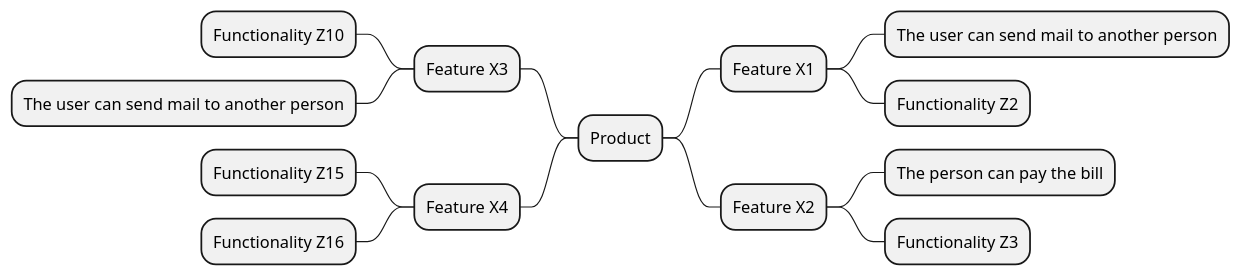
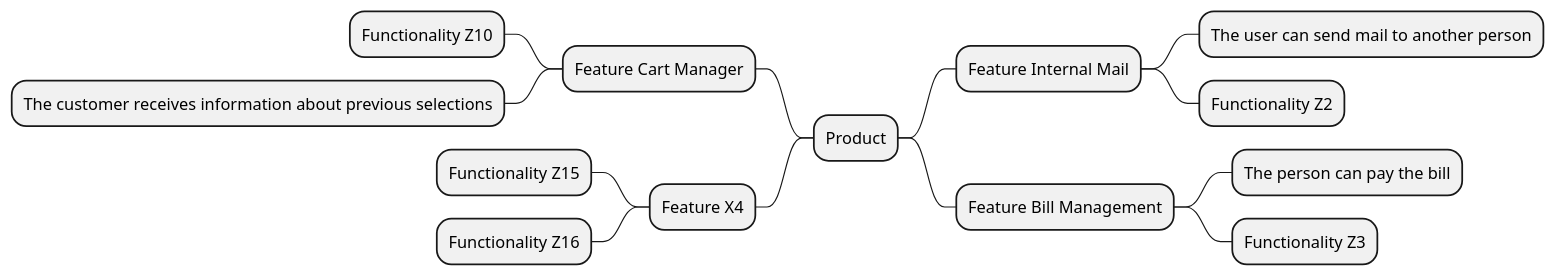
The fifth of 7 diagrams in docs/20-Requirement-management/wide-requirement-specification.md (ninaleo/ransut-core), drawn with PlantUML before and after one commit.

````diff
--- a/docs/20-Requirement-management/wide-requirement-specification.md
+++ b/docs/20-Requirement-management/wide-requirement-specification.md
@@ -270,17 +270,17 @@
 ```plantuml
 @startmindmap
 + Product
-++ Feature X1
+++ Feature Internal Mail
 +++ The user can send mail to another person
 +++ Functionality Z2
-++ Feature X2
+++ Feature Bill Management
 +++ The person can pay the bill
 +++ Functionality Z3
--- Feature X3
+-- Feature Cart Manager
 --- Functionality Z10
---- The user can send mail to another person
+--- The customer receives information about previous selections
 -- Feature X4
 --- Functionality Z15
 --- Functionality Z16
 @endmindmap
 ```
````
